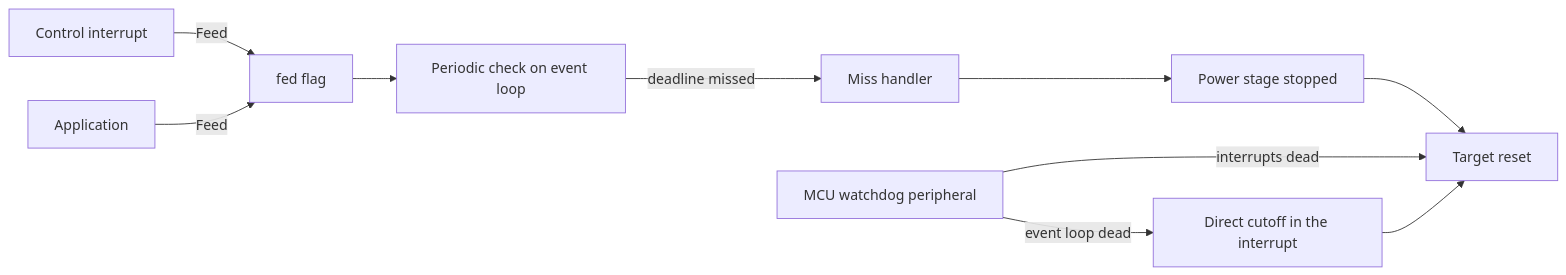
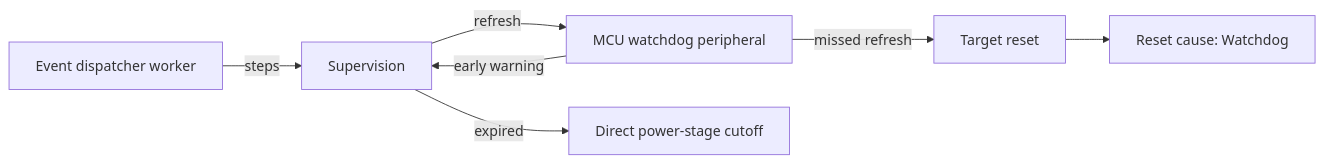
The fourth of 4 diagrams in documentation/design/watchdog.md (embedded-pro/e-foc), drawn with Mermaid before and after one commit. The commit also changed other lines of this file and 65 other files, not shown here.

First line of the commit message:
feat(platform)!: supervise the event dispatcher with the MCU watchdog (#326)

````diff
--- a/documentation/design/watchdog.md
+++ b/documentation/design/watchdog.md
@@ -324,12 +232,9 @@
 ```mermaid
 graph LR
-    ISR[Control interrupt] -->|Feed| Flag[fed flag]
-    App[Application] -->|Feed| Flag
-    Flag --> Check[Periodic check on event loop]
-    Check -->|deadline missed| Handler[Miss handler]
-    Handler --> Safe[Power stage stopped]
-    Safe --> Reset[Target reset]
-    HW[MCU watchdog peripheral] -->|interrupts dead| Reset
-    HW -->|event loop dead| Cut[Direct cutoff in the interrupt]
-    Cut --> Reset
+    EL[Event dispatcher worker] -->|steps| Sup[Supervision]
+    HW[MCU watchdog peripheral] -->|early warning| Sup
+    Sup -->|refresh| HW
+    Sup -->|expired| Cut[Direct power-stage cutoff]
+    HW -->|missed refresh| Reset[Target reset]
+    Reset --> Cause[Reset cause: Watchdog]
 ```
````
